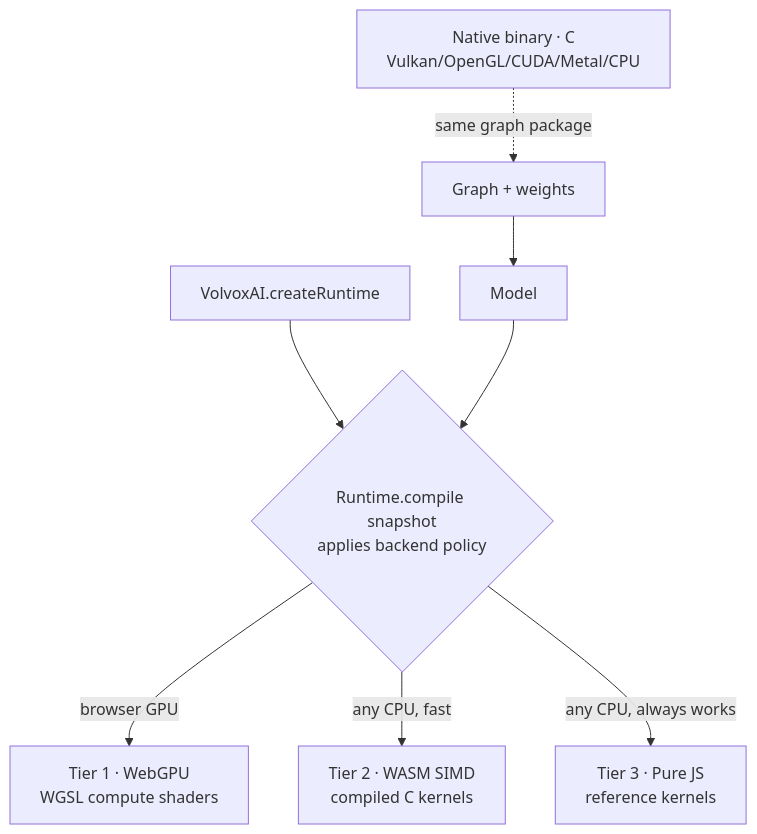
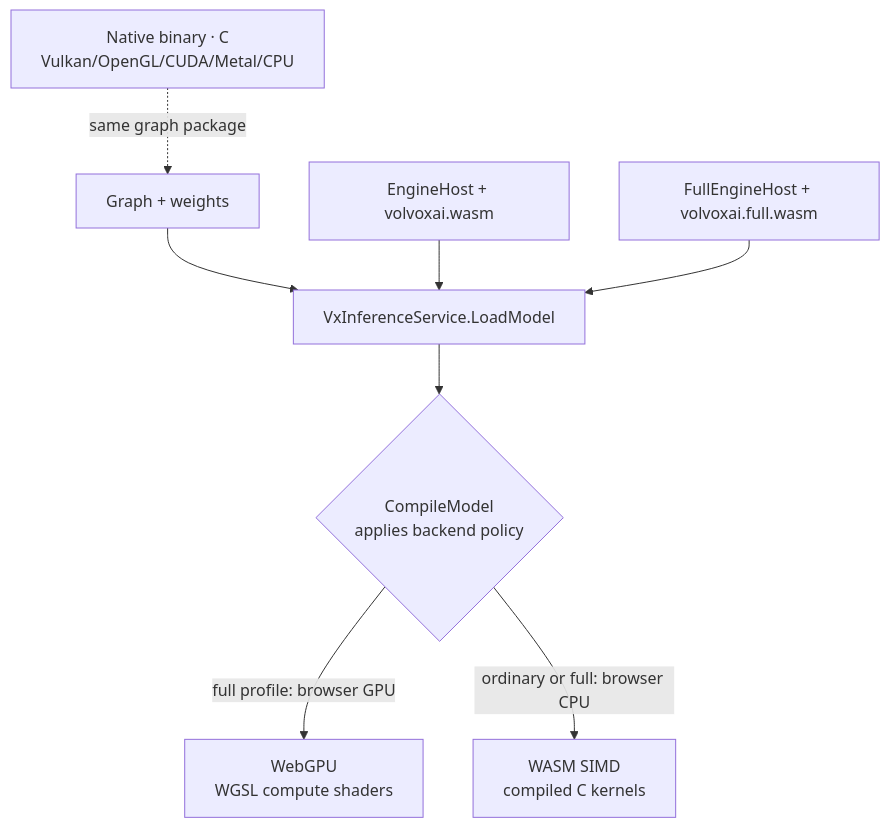
One commit to ivere27/volvoxai changed the diagram in docs/textbook/01-foundations.md. Above: the diagram before and after it, drawn with Mermaid. The commit also changed other lines of this file and 1269 other files, not shown here.

````diff
--- a/docs/textbook/01-foundations.md
+++ b/docs/textbook/01-foundations.md
@@ -326,10 +325,10 @@
 ```mermaid
 flowchart TD
-    G[Graph + weights] --> S[Model]
-    R[VolvoxAI.createRuntime] --> SEL{Runtime.compile snapshot<br/>applies backend policy}
-    S --> SEL
-    SEL -->|browser GPU| T1[Tier 1 · WebGPU<br/>WGSL compute shaders]
-    SEL -->|any CPU, fast| T2[Tier 2 · WASM SIMD<br/>compiled C kernels]
-    SEL -->|any CPU, always works| T3[Tier 3 · Pure JS<br/>reference kernels]
+    G[Graph + weights] --> L[VxInferenceService.LoadModel]
+    O[EngineHost + volvoxai.wasm] --> L
+    F[FullEngineHost + volvoxai.full.wasm] --> L
+    L --> SEL{CompileModel<br/>applies backend policy}
+    SEL -->|full profile: browser GPU| T1[WebGPU<br/>WGSL compute shaders]
+    SEL -->|ordinary or full: browser CPU| T2[WASM SIMD<br/>compiled C kernels]
     N[Native binary · C<br/>Vulkan/OpenGL/CUDA/Metal/CPU] -.same graph package.-> G
 ```
````
